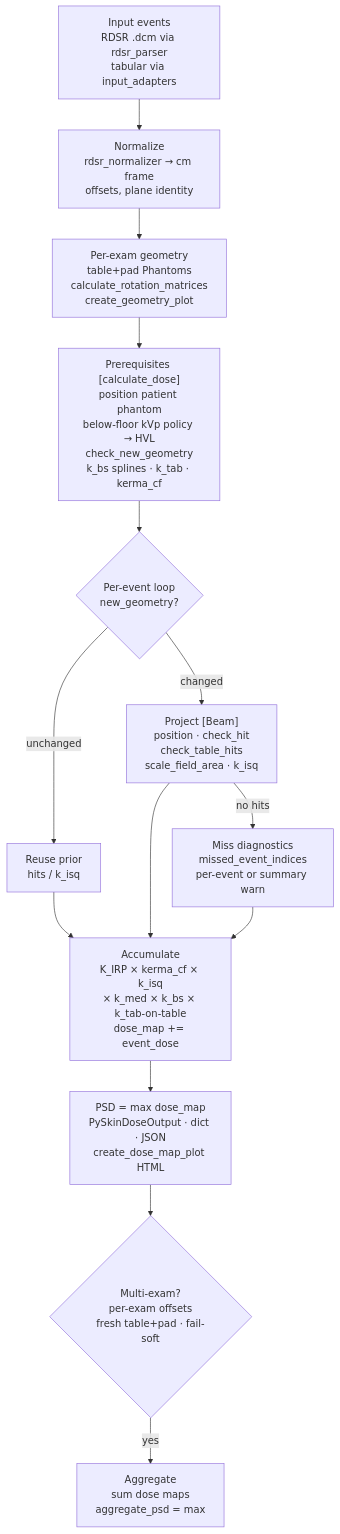
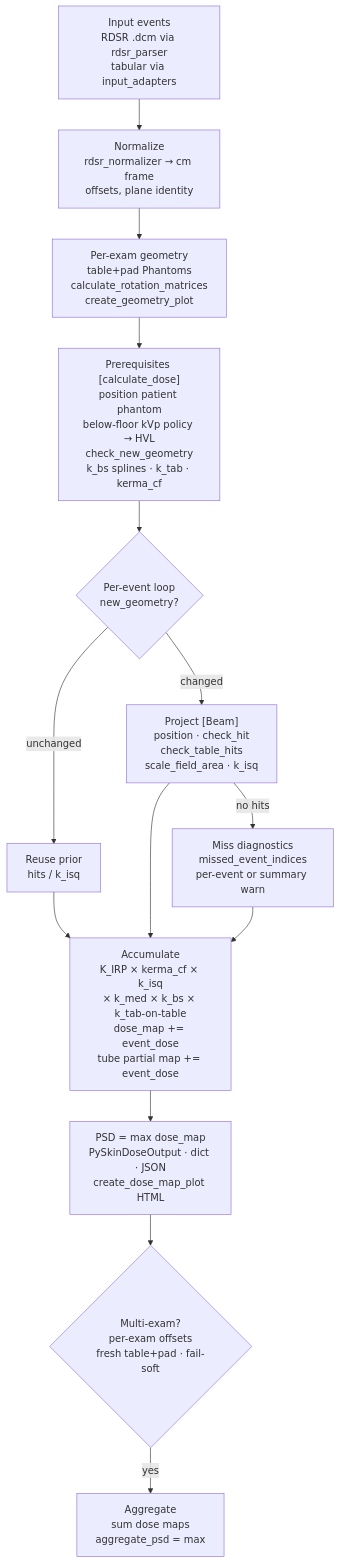
The first of 2 diagrams in dev-docs/PSD_CALCULATION_ALGORITHM.md (kgrizz-git/GUISkinDose), drawn with Mermaid before and after one commit. The commit also changed other lines of this file and 27 other files, not shown here.

Commit message:
feat(dose): per-tube partial dose maps and summaries; fix per-exam label drift (CF plan Phase 4)

````diff
--- a/dev-docs/PSD_CALCULATION_ALGORITHM.md
+++ b/dev-docs/PSD_CALCULATION_ALGORITHM.md
@@ -28,21 +28,21 @@
 ```mermaid
 flowchart TD
     IN["Input events<br/>RDSR .dcm via rdsr_parser<br/>tabular via input_adapters"]
     NORM["Normalize<br/>rdsr_normalizer → cm frame<br/>offsets, plane identity"]
     GEO["Per-exam geometry<br/>table+pad Phantoms<br/>calculate_rotation_matrices<br/>create_geometry_plot"]
     PREP["Prerequisites [calculate_dose]<br/>position patient phantom<br/>below-floor kVp policy → HVL<br/>check_new_geometry<br/>k_bs splines · k_tab · kerma_cf"]
     LOOP{"Per-event loop<br/>new_geometry?"}
     REUSE["Reuse prior<br/>hits / k_isq"]
     PROJ["Project [Beam]<br/>position · check_hit<br/>check_table_hits<br/>scale_field_area · k_isq"]
-    ACC["Accumulate<br/>K_IRP × kerma_cf × k_isq<br/>× k_med × k_bs × k_tab-on-table<br/>dose_map += event_dose"]
+    ACC["Accumulate<br/>K_IRP × kerma_cf × k_isq<br/>× k_med × k_bs × k_tab-on-table<br/>dose_map += event_dose<br/>tube partial map += event_dose"]
     MISS["Miss diagnostics<br/>missed_event_indices<br/>per-event or summary warn"]
     PSD["PSD = max dose_map<br/>PySkinDoseOutput · dict · JSON<br/>create_dose_map_plot HTML"]
     MULTI{"Multi-exam?<br/>per-exam offsets<br/>fresh table+pad · fail-soft"}
     AGG["Aggregate<br/>sum dose maps<br/>aggregate_psd = max"]
     IN --> NORM --> GEO --> PREP --> LOOP
     LOOP -- "unchanged" --> REUSE --> ACC
     LOOP -- "changed" --> PROJ --> ACC
     PROJ -- "no hits" --> MISS --> ACC
     ACC --> PSD --> MULTI
     MULTI -- "yes" --> AGG
 ```
````
